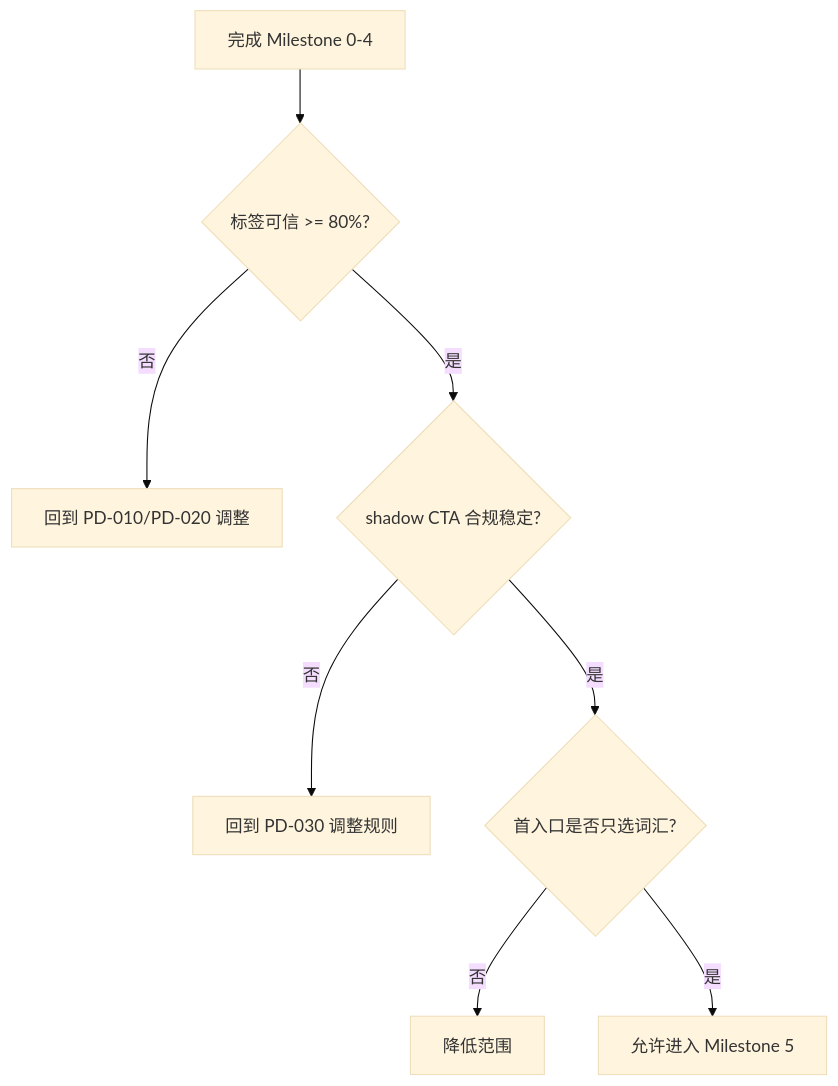
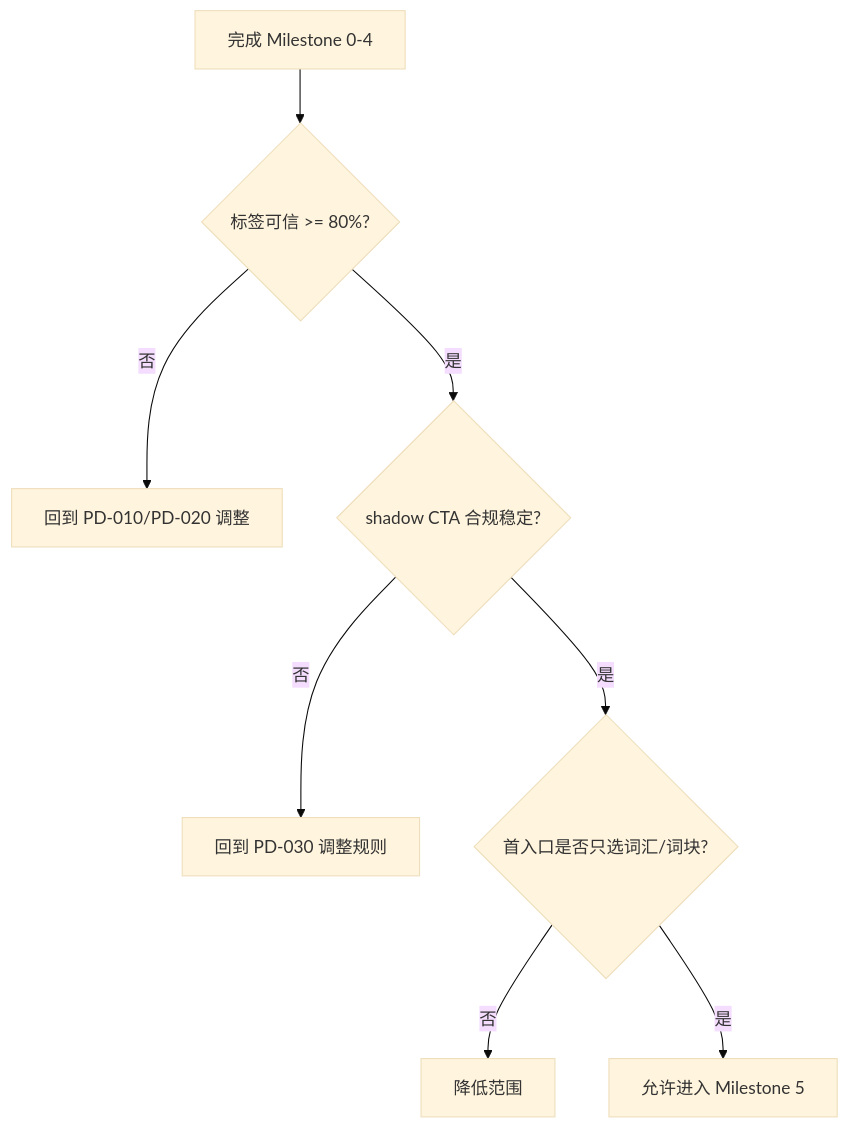
One commit to xytime/video-progress-bar-cli changed the second of 3 diagrams in docs/guides/private_domain_work_order_flow.md. Above: the diagram before and after it, drawn with Mermaid (base theme). The commit also changed other lines of this file and 21 other files, not shown here.

````diff
--- a/docs/guides/private_domain_work_order_flow.md
+++ b/docs/guides/private_domain_work_order_flow.md
@@ -242,10 +322,10 @@
 ```mermaid
 flowchart TD
     A["完成 Milestone 0-4"] --> B{"标签可信 >= 80%?"}
     B -- "否" --> R1["回到 PD-010/PD-020 调整"]
     B -- "是" --> C{"shadow CTA 合规稳定?"}
     C -- "否" --> R2["回到 PD-030 调整规则"]
-    C -- "是" --> D{"首入口是否只选词汇?"}
+    C -- "是" --> D{"首入口是否只选词汇/词块?"}
     D -- "否" --> R3["降低范围"]
     D -- "是" --> E["允许进入 Milestone 5"]
 ```
````
